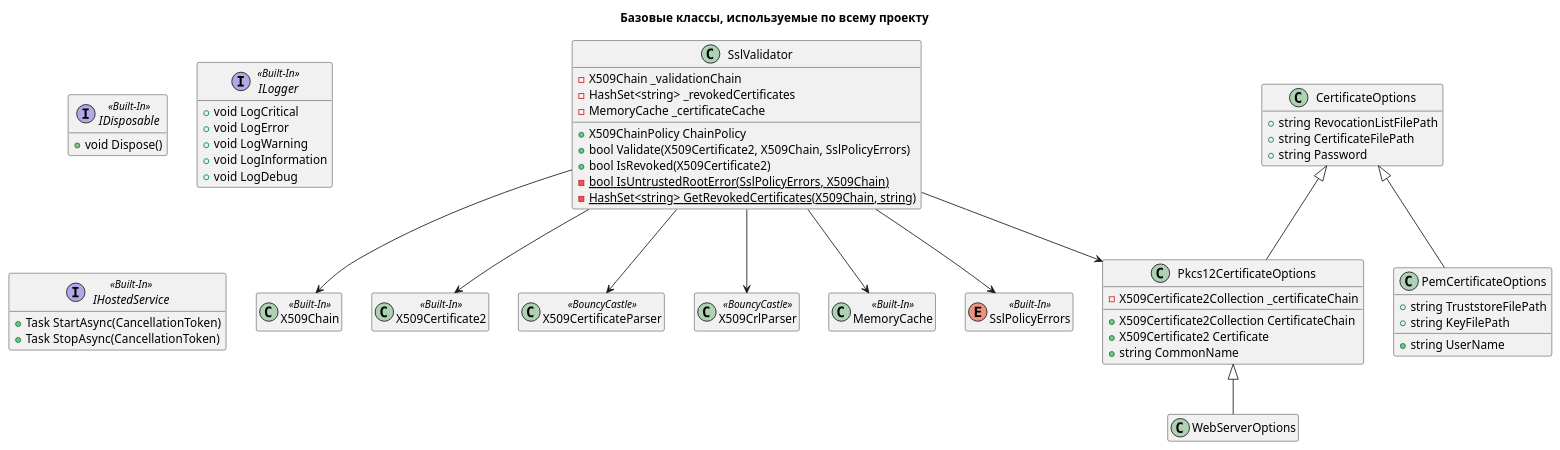
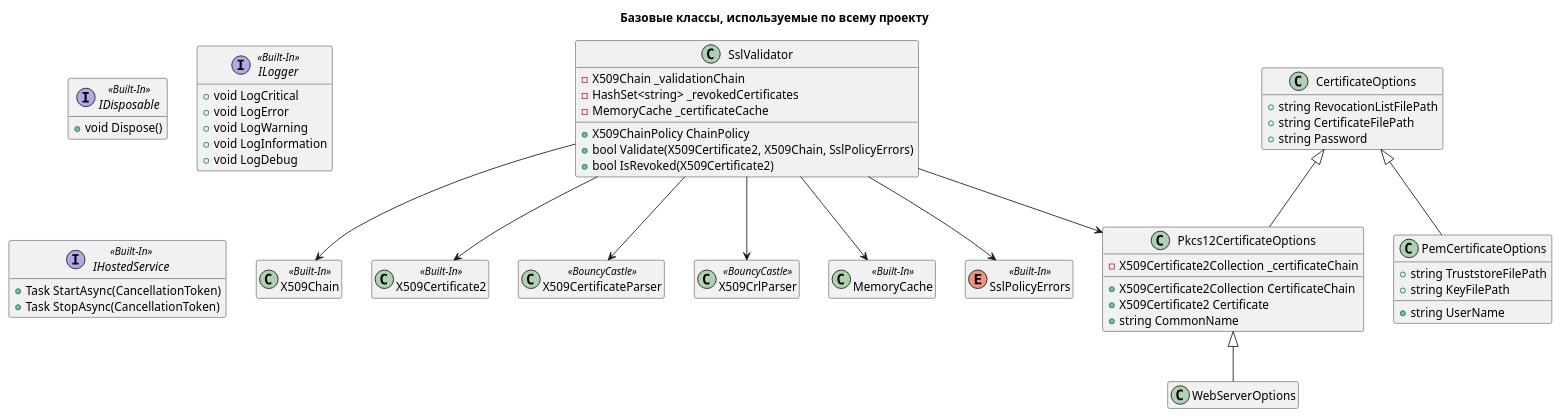
The diagram in docs/diagrams/classes/Shared.Contract.puml (mrypdm/JobSystem), drawn with PlantUML before and after one commit. The commit also changed 7 other files, not shown here.

```diff
--- a/docs/diagrams/classes/Shared.Contract.puml
+++ b/docs/diagrams/classes/Shared.Contract.puml
@@ -1,80 +1,78 @@
 @startuml Shared.Contract classes
 hide empty members
 
 title Базовые классы, используемые по всему проекту
 
 interface IDisposable << Built-In >>
 {
     +void Dispose()
 }
 
 interface ILogger << Built-In >>
 {
     +void LogCritical
     +void LogError
     +void LogWarning
     +void LogInformation
     +void LogDebug
 }
 
 
 interface IHostedService << Built-In >>
 {
     +Task StartAsync(CancellationToken)
     +Task StopAsync(CancellationToken)
 }
 
 class X509Chain << Built-In >>
 class X509Certificate2 << Built-In >>
 class X509CertificateParser << BouncyCastle >>
 class X509CrlParser << BouncyCastle >>
 class MemoryCache << Built-In >>
 enum SslPolicyErrors << Built-In >>
 
 class CertificateOptions
 {
     +string RevocationListFilePath
     +string CertificateFilePath
     +string Password
 }
 
 class PemCertificateOptions
 {
     +string TruststoreFilePath
     +string KeyFilePath
     {method}+string UserName
 }
 CertificateOptions <|-- PemCertificateOptions
 
 class Pkcs12CertificateOptions
 {
     -X509Certificate2Collection _certificateChain
     {method}+X509Certificate2Collection CertificateChain
     {method}+X509Certificate2 Certificate
     {method}+string CommonName
 }
 CertificateOptions <|-- Pkcs12CertificateOptions
 
 class WebServerOptions
 Pkcs12CertificateOptions <|-- WebServerOptions
 
 class SslValidator
 {
     -X509Chain _validationChain
     -HashSet<string> _revokedCertificates
     -MemoryCache _certificateCache
     {method}+X509ChainPolicy ChainPolicy
     +bool Validate(X509Certificate2, X509Chain, SslPolicyErrors)
     +bool IsRevoked(X509Certificate2)
-    {static}-bool IsUntrustedRootError(SslPolicyErrors, X509Chain)
-    {static}-HashSet<string> GetRevokedCertificates(X509Chain, string)
 }
 SslValidator --> Pkcs12CertificateOptions
 SslValidator --> X509Chain
 SslValidator --> X509Certificate2
 SslValidator --> MemoryCache
 SslValidator --> SslPolicyErrors
 SslValidator --> X509CertificateParser
 SslValidator --> X509CrlParser
 
 @enduml
```
